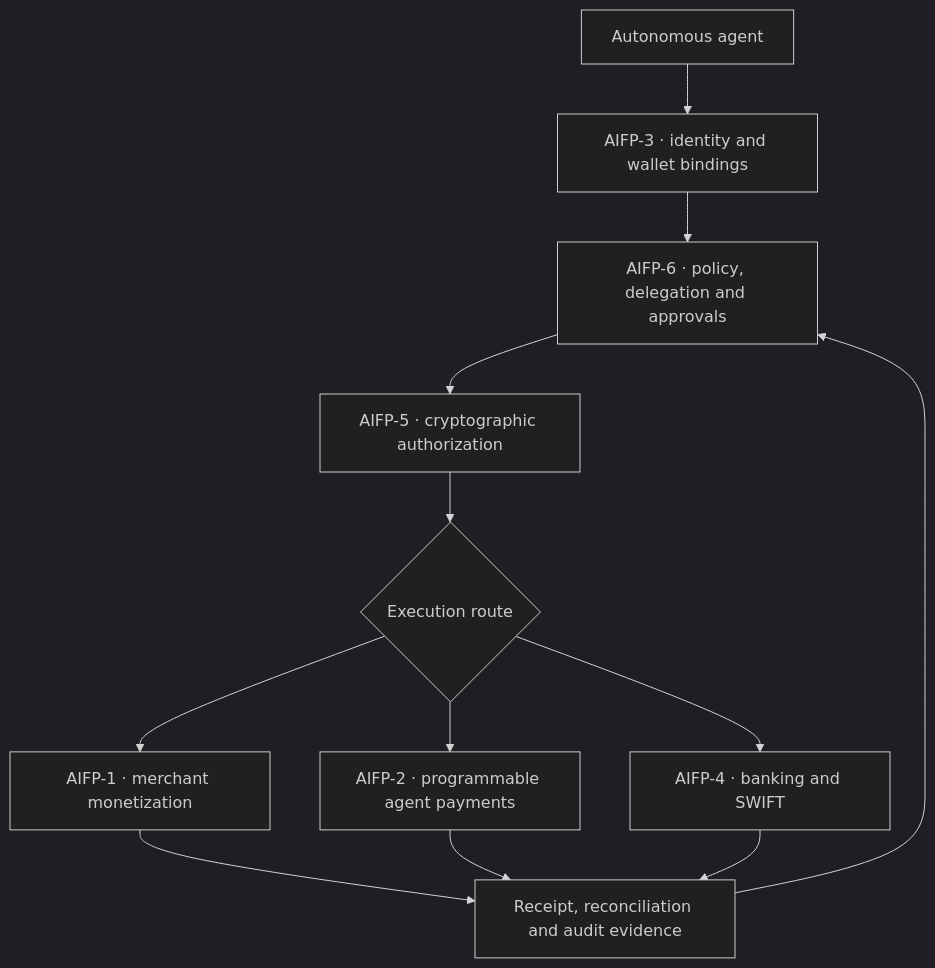
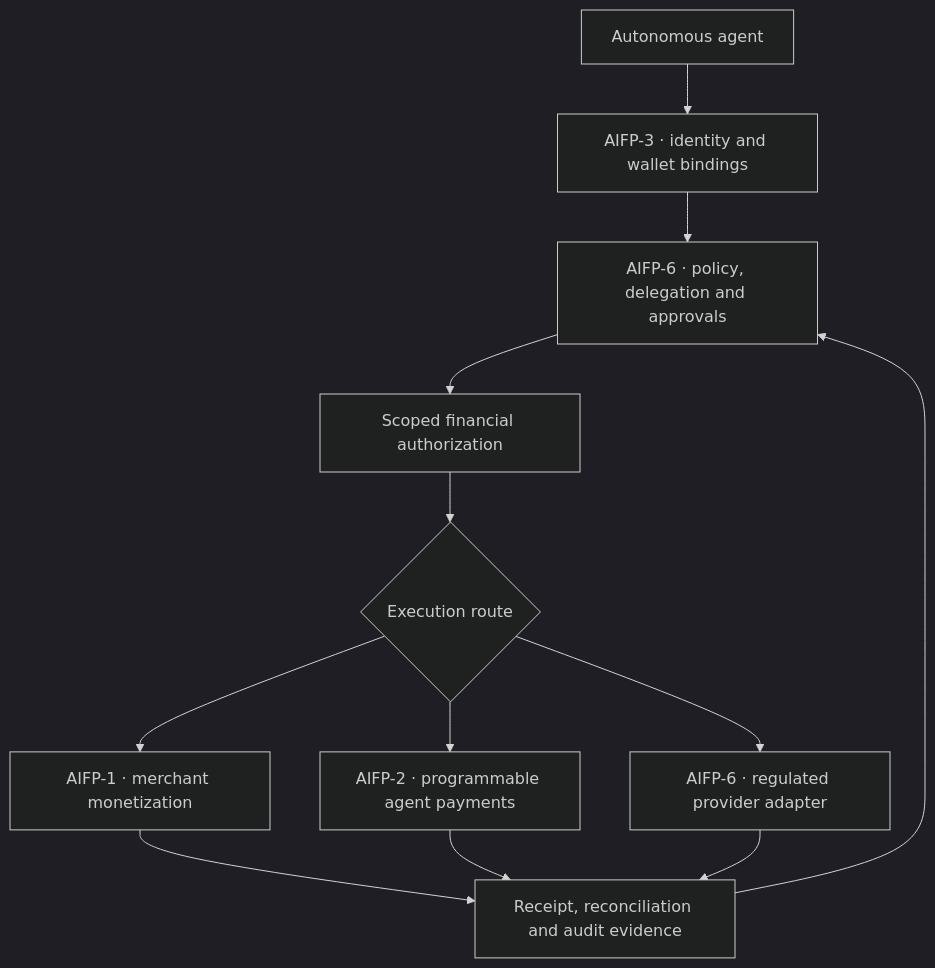
Before and after one commit to AiFinPay/AIFP-3: the diagram in docs/protocol-family.md, drawn with Mermaid (dark theme). The commit also changed other lines of this file and 2 other files, not shown here.

Commit message:
docs: align Passport financial ownership with founder target

````diff
--- a/docs/protocol-family.md
+++ b/docs/protocol-family.md
@@ -7,14 +9,14 @@
 ```mermaid
 flowchart TD
   Agent["Autonomous agent"] --> P3["AIFP-3 · identity and wallet bindings"]
   P3 --> P6["AIFP-6 · policy, delegation and approvals"]
-  P6 --> P5["AIFP-5 · cryptographic authorization"]
-  P5 --> Choice{"Execution route"}
+  P6 --> Auth["Scoped financial authorization"]
+  Auth --> Choice{"Execution route"}
   Choice --> P1["AIFP-1 · merchant monetization"]
   Choice --> P2["AIFP-2 · programmable agent payments"]
-  Choice --> P4["AIFP-4 · banking and SWIFT"]
+  Choice --> Bank["AIFP-6 · regulated provider adapter"]
   P1 --> Evidence["Receipt, reconciliation and audit evidence"]
   P2 --> Evidence
-  P4 --> Evidence
+  Bank --> Evidence
   Evidence --> P6
 ```
````
